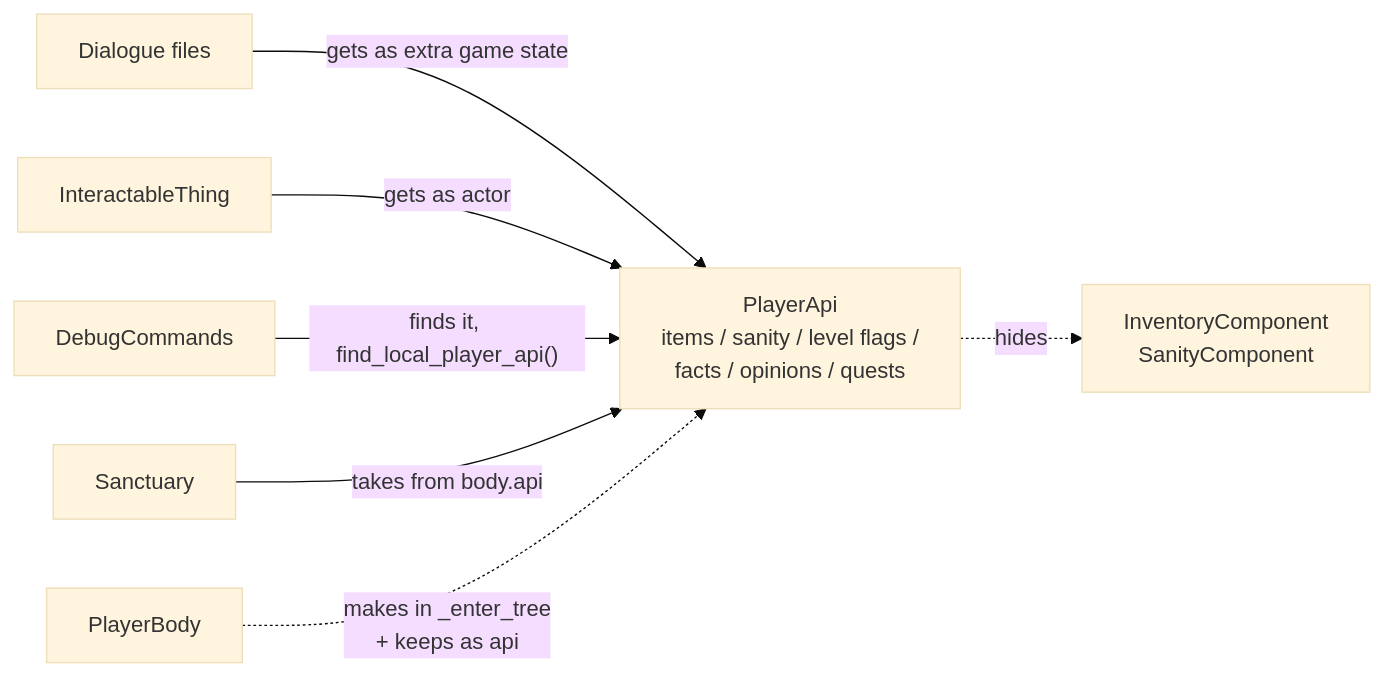
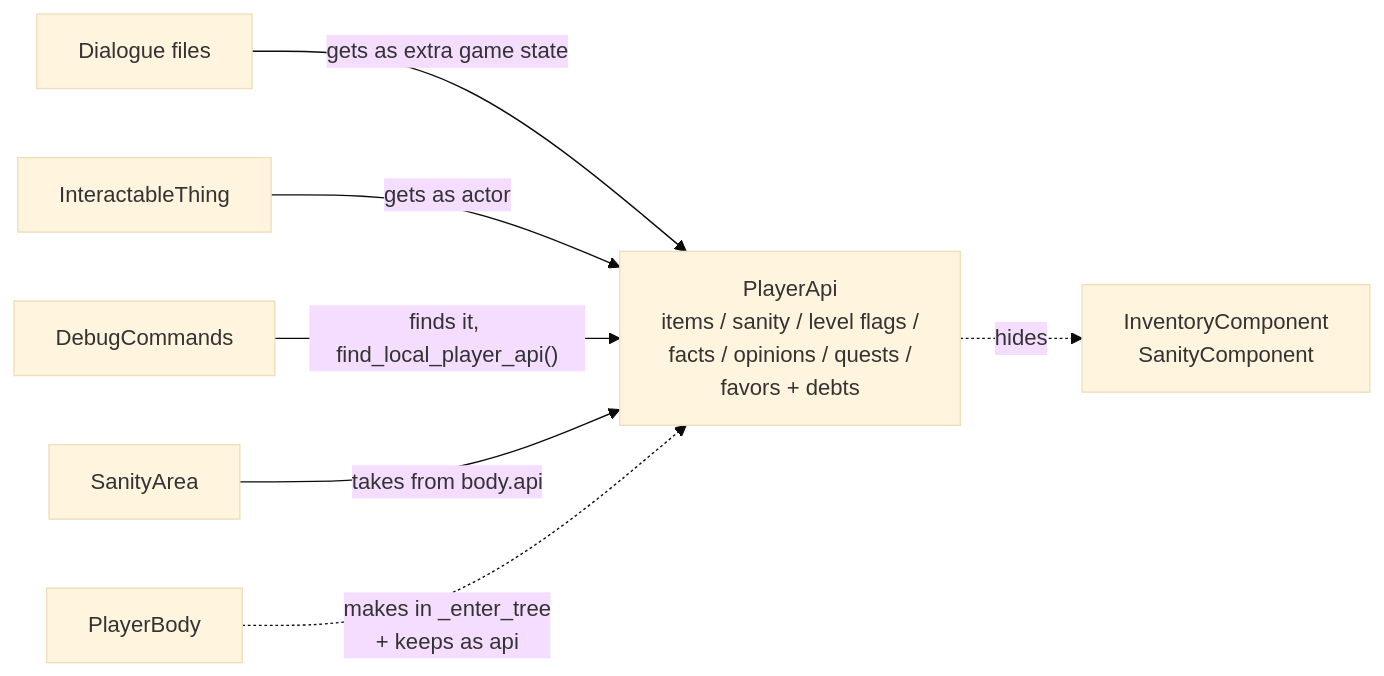
Before and after one commit to sintutiers/nexus: the fourth of 9 diagrams in content/long term celcit pixie horror game/TDD.md, drawn with Mermaid (base theme). The commit also changed other lines of this file, not shown here.

````diff
--- a/content/long term celcit pixie horror game/TDD.md
+++ b/content/long term celcit pixie horror game/TDD.md
@@ -311,24 +314,24 @@
 ```mermaid
 graph LR
     D["Dialogue files"]
     I["InteractableThing"]
     DBG["DebugCommands"]
-    S["Sanctuary"]
+    S["SanityArea"]
 
-    PA["PlayerApi<br/>items / sanity / level flags /<br/>facts / opinions / quests"]
+    PA["PlayerApi<br/>items / sanity / level flags /<br/>facts / opinions / quests /<br/>favors + debts"]
     PB["PlayerBody"]
     C["InventoryComponent<br/>SanityComponent"]
 
     D -->|gets as extra game state| PA
     I -->|gets as actor| PA
     DBG -->|"finds it, find_local_player_api()"| PA
     S -->|"takes from body.api"| PA
     PB -.->|makes in _enter_tree<br/>+ keeps as api| PA
     PA -.->|hides| C
 
     click I href "https://github.com/sintutiers/celter-fairy-pixie-gameproject/blob/master/scripts/entities/interactable_thing.gd" _blank
     click DBG href "https://github.com/sintutiers/celter-fairy-pixie-gameproject/blob/master/scripts/autoload/debug_commands.gd" _blank
-    click S href "https://github.com/sintutiers/celter-fairy-pixie-gameproject/blob/master/scripts/entities/sanctuary.gd" _blank
+    click S href "https://github.com/sintutiers/celter-fairy-pixie-gameproject/blob/master/scripts/entities/sanity_area.gd" _blank
     click PA href "https://github.com/sintutiers/celter-fairy-pixie-gameproject/blob/master/scripts/entities/player_api.gd" _blank
     click PB href "https://github.com/sintutiers/celter-fairy-pixie-gameproject/blob/master/scripts/entities/player_body.gd" _blank
 ```
````
